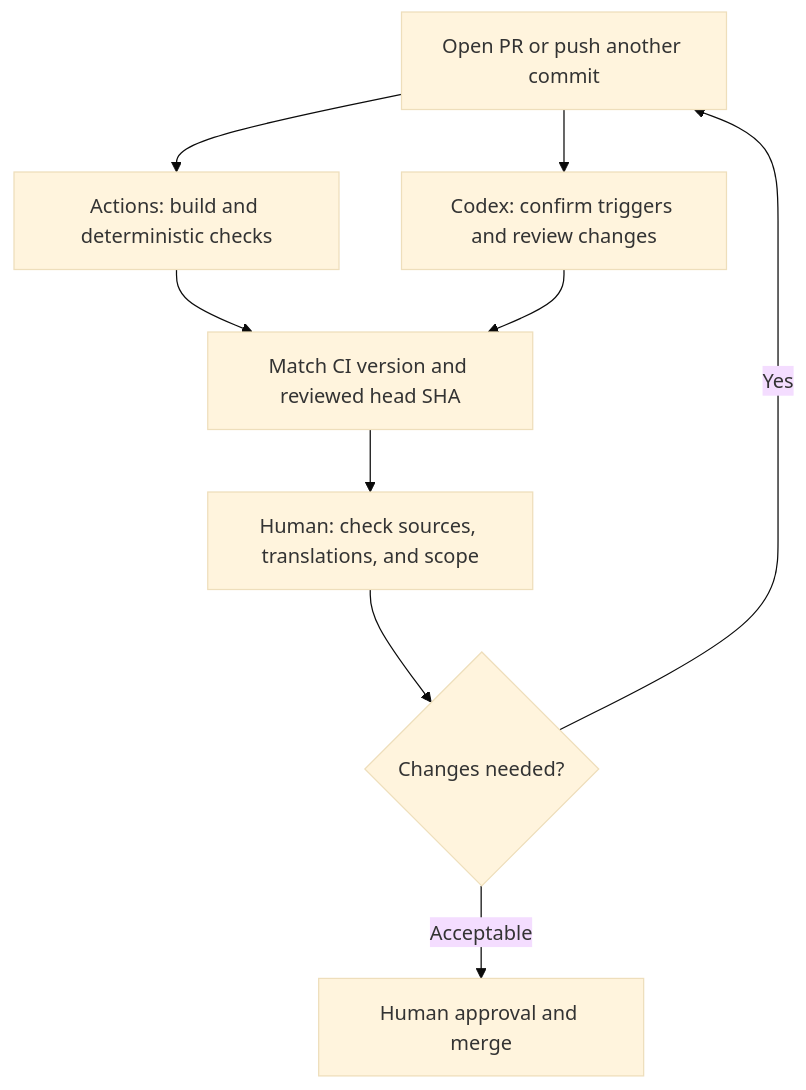
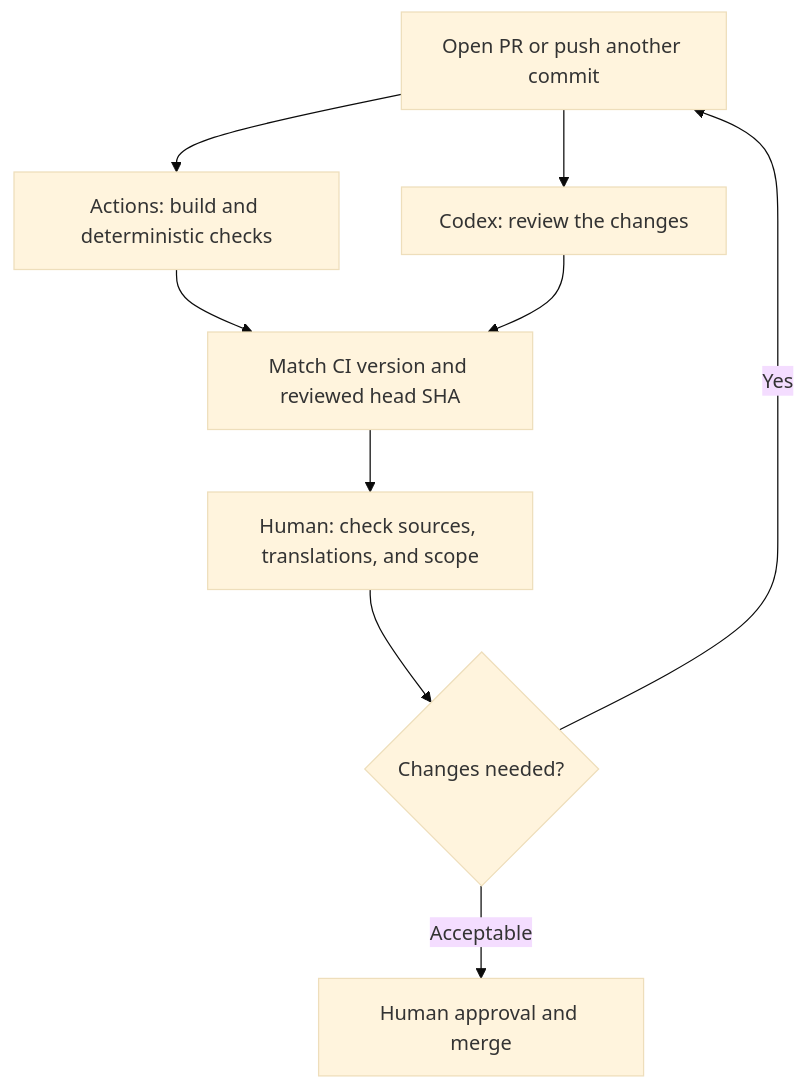
The diagram in _posts/en/2026-11-07-github-actions-ai-agent-pr-review.md (justmaocom/justmaocom.github.io), drawn with Mermaid (base theme) before and after one commit. The commit also changed other lines of this file and 5 other files, not shown here.

````diff
--- a/_posts/en/2026-11-07-github-actions-ai-agent-pr-review.md
+++ b/_posts/en/2026-11-07-github-actions-ai-agent-pr-review.md
@@ -53,11 +81,11 @@
 ```mermaid
 flowchart TD
   A[Open PR or push another commit] --> B[Actions: build and deterministic checks]
-  A --> C[Codex: confirm triggers and review changes]
+  A --> C[Codex: review the changes]
   B --> D[Match CI version and reviewed head SHA]
   C --> D
   D --> E[Human: check sources, translations, and scope]
   E --> F{Changes needed?}
   F -->|Yes| A
   F -->|Acceptable| G[Human approval and merge]
 ```
````
